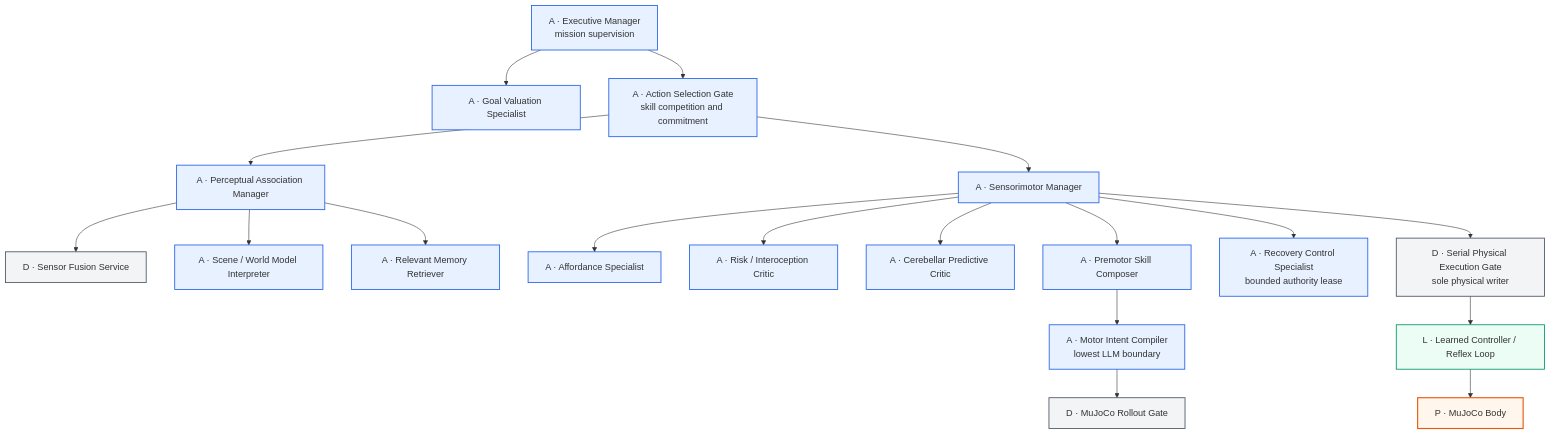
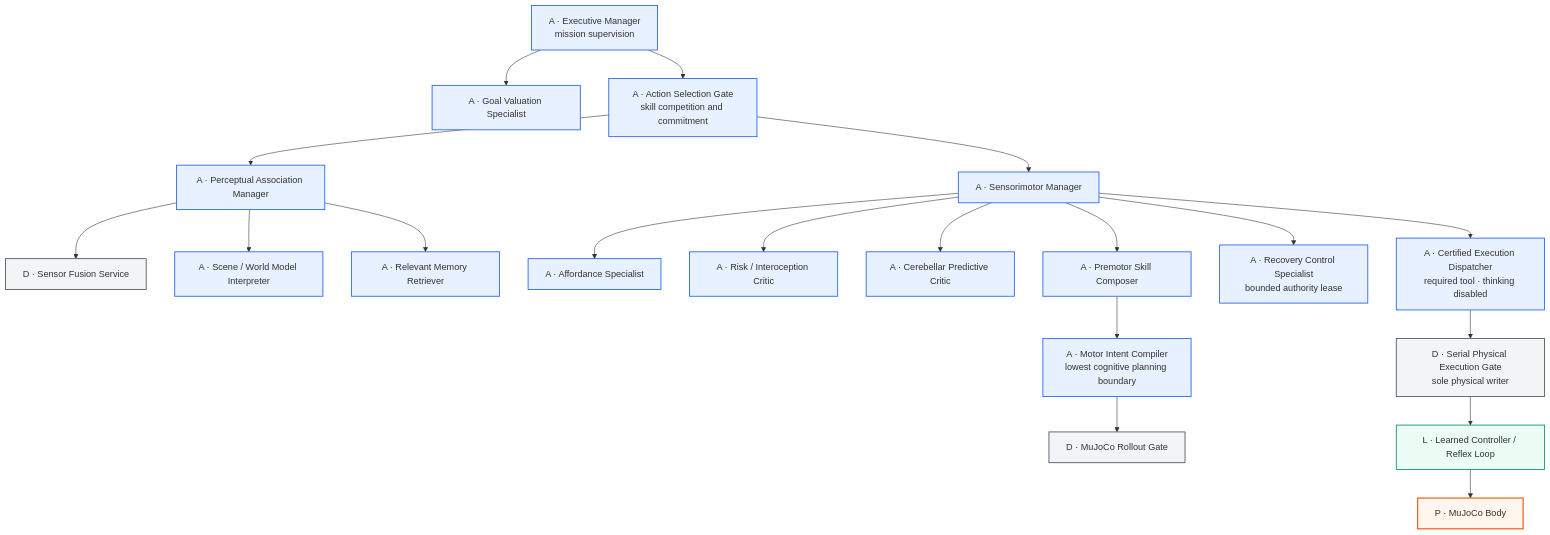
The first of 7 diagrams in docs/architecture/neural-hierarchy-v3.md (multi-zhangyang/hear-3d-robot), drawn with Mermaid before and after one commit. The commit also changed other lines of this file and 19 other files, not shown here.

Commit message:
feat: add certified neural execution dispatcher

````diff
--- a/docs/architecture/neural-hierarchy-v3.md
+++ b/docs/architecture/neural-hierarchy-v3.md
@@ -71,51 +73,53 @@
 ```mermaid
 flowchart TD
     E["A · Executive Manager\nmission supervision"]
     G["A · Goal Valuation Specialist"]
     A["A · Action Selection Gate\nskill competition and commitment"]
 
     P["A · Perceptual Association Manager"]
     SF["D · Sensor Fusion Service"]
     SI["A · Scene / World Model Interpreter"]
     MR["A · Relevant Memory Retriever"]
 
     SM["A · Sensorimotor Manager"]
     AF["A · Affordance Specialist"]
     RI["A · Risk / Interoception Critic"]
     CP["A · Cerebellar Predictive Critic"]
     PM["A · Premotor Skill Composer"]
     RC["A · Recovery Control Specialist\nbounded authority lease"]
 
-    MI["A · Motor Intent Compiler\nlowest LLM boundary"]
+    MI["A · Motor Intent Compiler\nlowest cognitive planning boundary"]
     RG["D · MuJoCo Rollout Gate"]
+    ED["A · Certified Execution Dispatcher\nrequired tool · thinking disabled"]
     EX["D · Serial Physical Execution Gate\nsole physical writer"]
     CR["L · Learned Controller / Reflex Loop"]
     B["P · MuJoCo Body"]
 
     E --> G
     E --> A
     A --> P
     A --> SM
     P --> SF
     P --> SI
     P --> MR
     SM --> AF
     SM --> RI
     SM --> CP
     SM --> PM
     SM --> RC
-    SM --> EX
+    SM --> ED
+    ED --> EX
     PM --> MI
     MI --> RG
     EX --> CR
     CR --> B
 
     classDef model fill:#e8f1ff,stroke:#2563eb,stroke-width:1.5px
     classDef deterministic fill:#f3f4f6,stroke:#4b5563,stroke-width:1.5px
     classDef learned fill:#ecfdf5,stroke:#059669,stroke-width:1.5px
     classDef plant fill:#fff7ed,stroke:#ea580c,stroke-width:2px
-    class E,G,A,P,SI,MR,SM,AF,RI,CP,PM,RC,MI model
+    class E,G,A,P,SI,MR,SM,AF,RI,CP,PM,RC,MI,ED model
     class SF,RG,EX deterministic
     class CR learned
     class B plant
 ```
````
